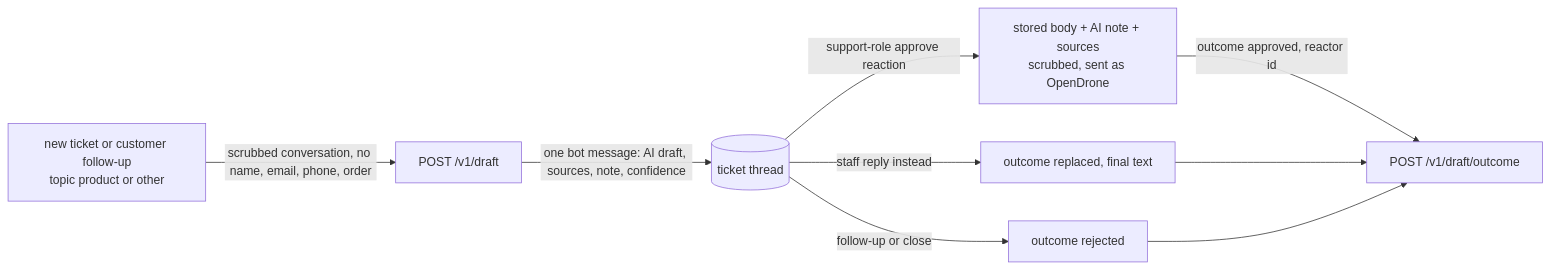
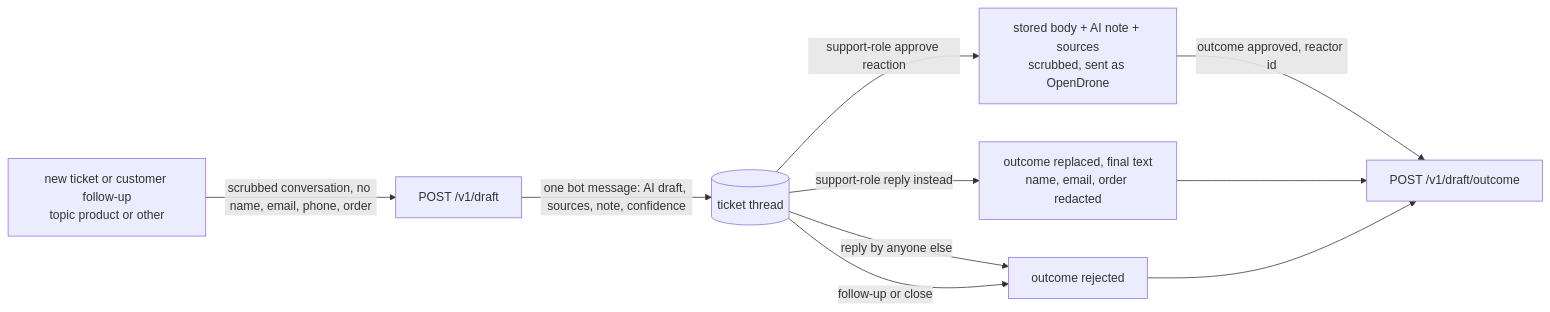
The third of 4 diagrams in README.md (OpenDrone-hw/OpenDrone-Web), drawn with Mermaid before and after one commit. The commit also changed other lines of this file and 6 other files, not shown here.

````diff
--- a/README.md
+++ b/README.md
@@ -349,11 +349,12 @@
 ```mermaid
 flowchart LR
   N[new ticket or customer follow-up<br/>topic product or other] -->|scrubbed conversation, no name, email, phone, order| D[POST /v1/draft]
   D -->|one bot message: AI draft, sources, note, confidence| T[(ticket thread)]
   T -->|support-role approve reaction| A[stored body + AI note + sources<br/>scrubbed, sent as OpenDrone]
-  T -->|staff reply instead| R[outcome replaced, final text]
+  T -->|support-role reply instead| R[outcome replaced, final text<br/>name, email, order redacted]
+  T -->|reply by anyone else| X
   T -->|follow-up or close| X[outcome rejected]
   A -->|outcome approved, reactor id| O[POST /v1/draft/outcome]
   R --> O
   X --> O
 ```
````
